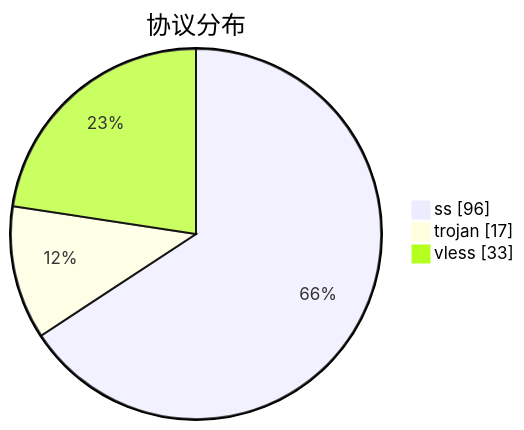
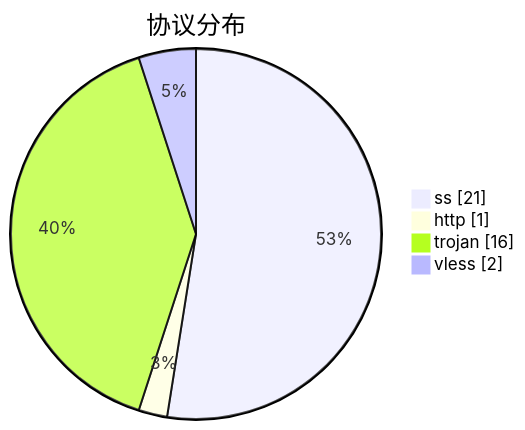
One commit to qjlxg/airport changed the third of 3 diagrams in subs/statistics/tested_within.md. Above: the diagram before and after it, drawn with Mermaid. The commit also changed other lines of this file and 2 other files, not shown here.

````diff
--- a/subs/statistics/tested_within.md
+++ b/subs/statistics/tested_within.md
@@ -34,7 +21,8 @@
 ```mermaid
 pie showData
 title 协议分布
-"ss" : 96
-"trojan" : 17
-"vless" : 33
+"ss" : 21
+"http" : 1
+"trojan" : 16
+"vless" : 2
 ```
````
